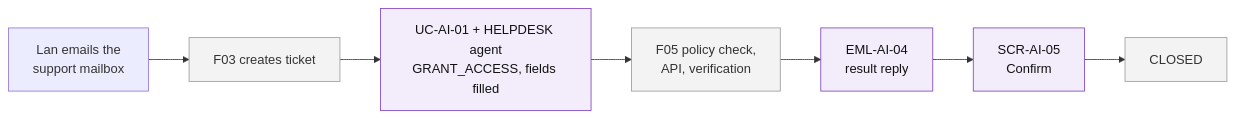
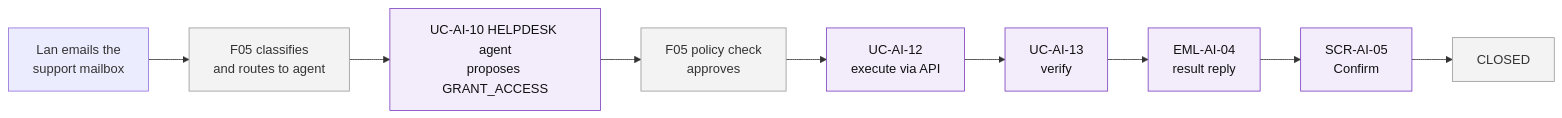
Before and after one commit to Akaza-ban/Fable: the first of 7 diagrams in docs/f04-ai-ticket-processing/information-architecture/02-user-flows.md, drawn with Mermaid. The commit also changed other lines of this file and 9 other files, not shown here.

First line of the commit message:
docs(F04): re-scope to processing after the new mind map (F05 routes, F04 processes)

````diff
--- a/docs/f04-ai-ticket-processing/information-architecture/02-user-flows.md
+++ b/docs/f04-ai-ticket-processing/information-architecture/02-user-flows.md
@@ -13,14 +13,16 @@
 ```mermaid
 flowchart LR
-    a["Lan emails the<br/>support mailbox"] --> b["F03 creates ticket"]
-    b --> c["UC-AI-01 + HELPDESK agent<br/>GRANT_ACCESS, fields filled"]
-    c --> d["F05 policy check,<br/>API, verification"]
-    d --> e["EML-AI-04<br/>result reply"]
-    e --> f["SCR-AI-05<br/>Confirm"]
-    f --> g["CLOSED"]
+    a["Lan emails the<br/>support mailbox"] --> b["F05 classifies<br/>and routes to agent"]
+    b --> c["UC-AI-10 HELPDESK agent<br/>proposes GRANT_ACCESS"]
+    c --> d["F05 policy check<br/>approves"]
+    d --> e["UC-AI-12<br/>execute via API"]
+    e --> f["UC-AI-13<br/>verify"]
+    f --> g["EML-AI-04<br/>result reply"]
+    g --> h["SCR-AI-05<br/>Confirm"]
+    h --> i["CLOSED"]
 
     classDef f04 fill:#f3ecfb,color:#111,stroke:#7b3fbf
     classDef other fill:#f3f3f3,color:#333,stroke:#999
-    class c,e,f f04
-    class b,d,g other
+    class c,e,f,g,h f04
+    class b,d,i other
 ```
````
